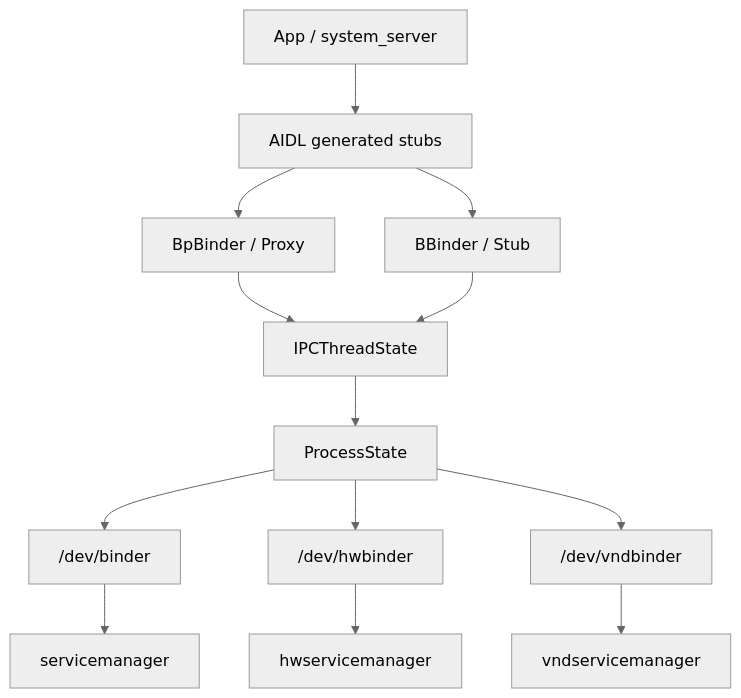
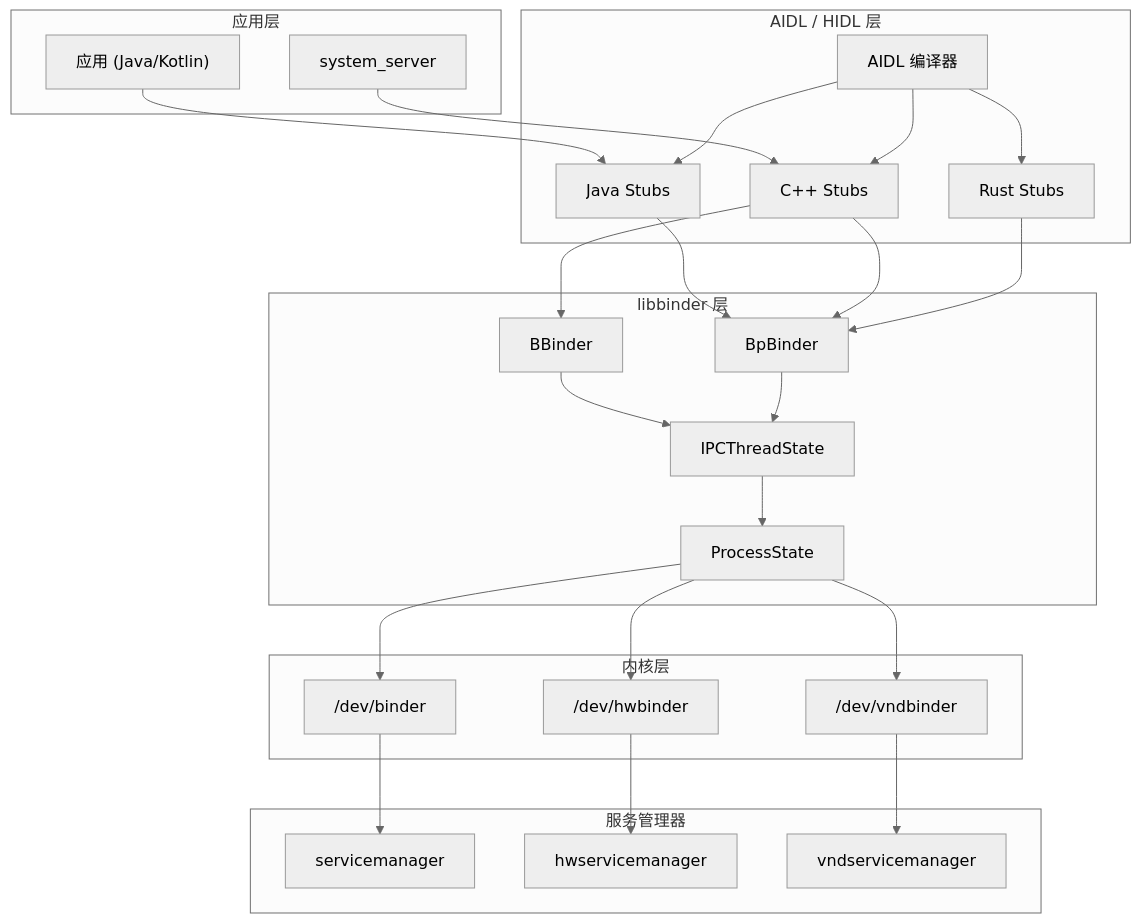
One commit to fwrite0920/aosp-internal-book changed diagram 12 of 12 in 09-binder-ipc-zh.md. Above: the diagram before and after it, drawn with Mermaid (neutral theme). The commit also changed other lines of this file and 63 other files, not shown here.

````diff
--- a/09-binder-ipc-zh.md
+++ b/09-binder-ipc-zh.md
@@ -899,15 +1763,55 @@
 ```mermaid
 graph TB
-    APP["App / system_server"] --> AIDL["AIDL generated stubs"]
-    AIDL --> BP["BpBinder / Proxy"]
-    AIDL --> BB["BBinder / Stub"]
-    BP --> IPC["IPCThreadState"]
+    subgraph "应用层"
+        APP["应用 (Java/Kotlin)"]
+        SYS["system_server"]
+    end
+
+    subgraph "AIDL / HIDL 层"
+        AIDL["AIDL 编译器"]
+        JAVA_STUB["Java Stubs"]
+        CPP_STUB["C++ Stubs"]
+        RUST_STUB["Rust Stubs"]
+    end
+
+    subgraph "libbinder 层"
+        BB["BBinder"]
+        BP["BpBinder"]
+        IPC["IPCThreadState"]
+        PS["ProcessState"]
+    end
+
+    subgraph "内核层"
+        BD["/dev/binder"]
+        HBD["/dev/hwbinder"]
+        VBD["/dev/vndbinder"]
+    end
+
+    subgraph "服务管理器"
+        SM["servicemanager"]
+        HSM["hwservicemanager"]
+        VSM["vndservicemanager"]
+    end
+
+    APP --> JAVA_STUB
+    SYS --> CPP_STUB
+    AIDL --> JAVA_STUB
+    AIDL --> CPP_STUB
+    AIDL --> RUST_STUB
+
+    JAVA_STUB --> BP
+    CPP_STUB --> BB
+    CPP_STUB --> BP
+    RUST_STUB --> BP
+
     BB --> IPC
-    IPC --> PS["ProcessState"]
-    PS --> BD["/dev/binder"]
-    PS --> HBD["/dev/hwbinder"]
-    PS --> VBD["/dev/vndbinder"]
-    BD --> SM["servicemanager"]
-    HBD --> HSM["hwservicemanager"]
-    VBD --> VSM["vndservicemanager"]
+    BP --> IPC
+    IPC --> PS
+    PS --> BD
+    PS --> HBD
+    PS --> VBD
+
+    BD --> SM
+    HBD --> HSM
+    VBD --> VSM
 ```
````
